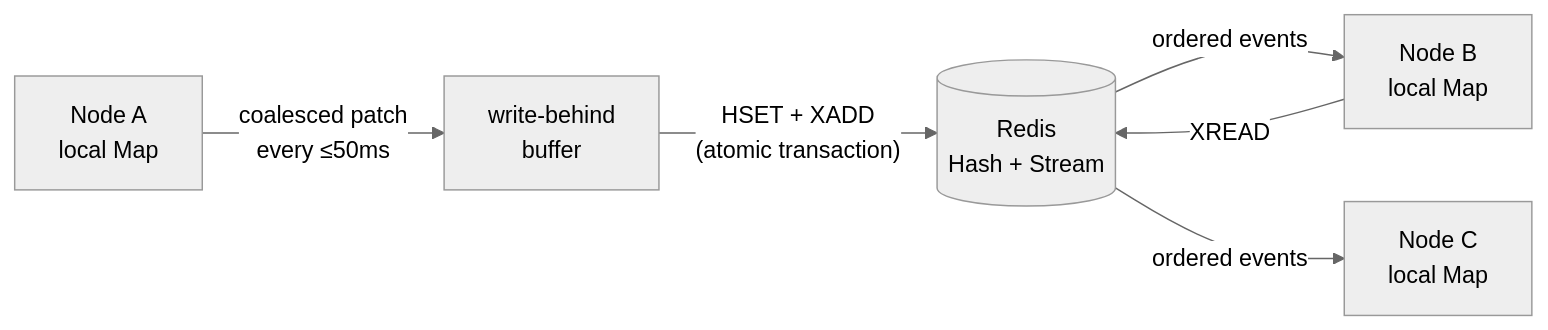
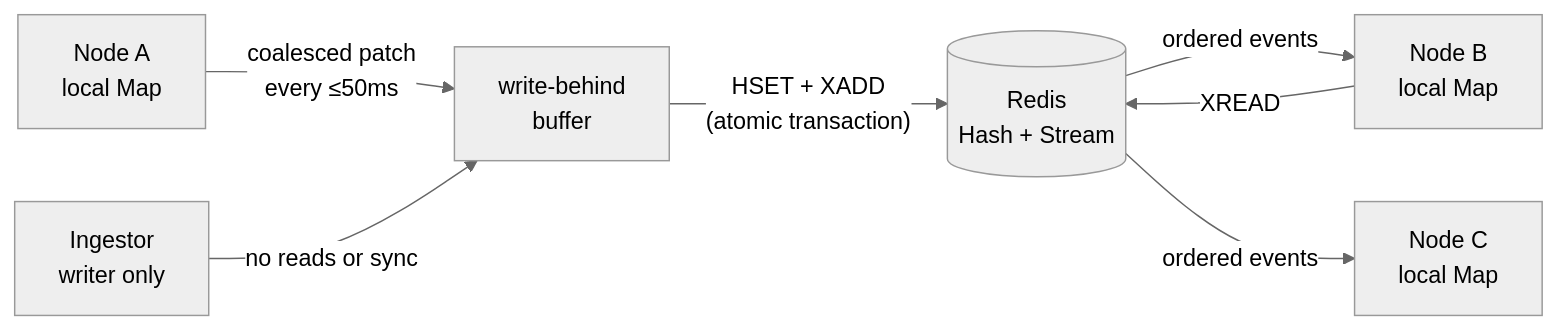
Before and after one commit to alzalabany/redis-dist-map: the diagram in README.md, drawn with Mermaid (neutral theme). The commit also changed other lines of this file and 6 other files, not shown here.

Commit message:
Add write-only distributed map writer

````diff
--- a/README.md
+++ b/README.md
@@ -70,8 +70,9 @@
 ```mermaid
 flowchart LR
   A["Node A<br/>local Map"] -->|"coalesced patch<br/>every ≤50ms"| W["write-behind<br/>buffer"]
+  P["Ingestor<br/>writer only"] -->|"no reads or sync"| W
   W -->|"HSET + XADD<br/>(atomic transaction)"| R[("Redis<br/>Hash + Stream")]
   B["Node B<br/>local Map"] -->|"XREAD"| R
   R -->|"ordered events"| B
   R -->|"ordered events"| C["Node C<br/>local Map"]
 ```
````
